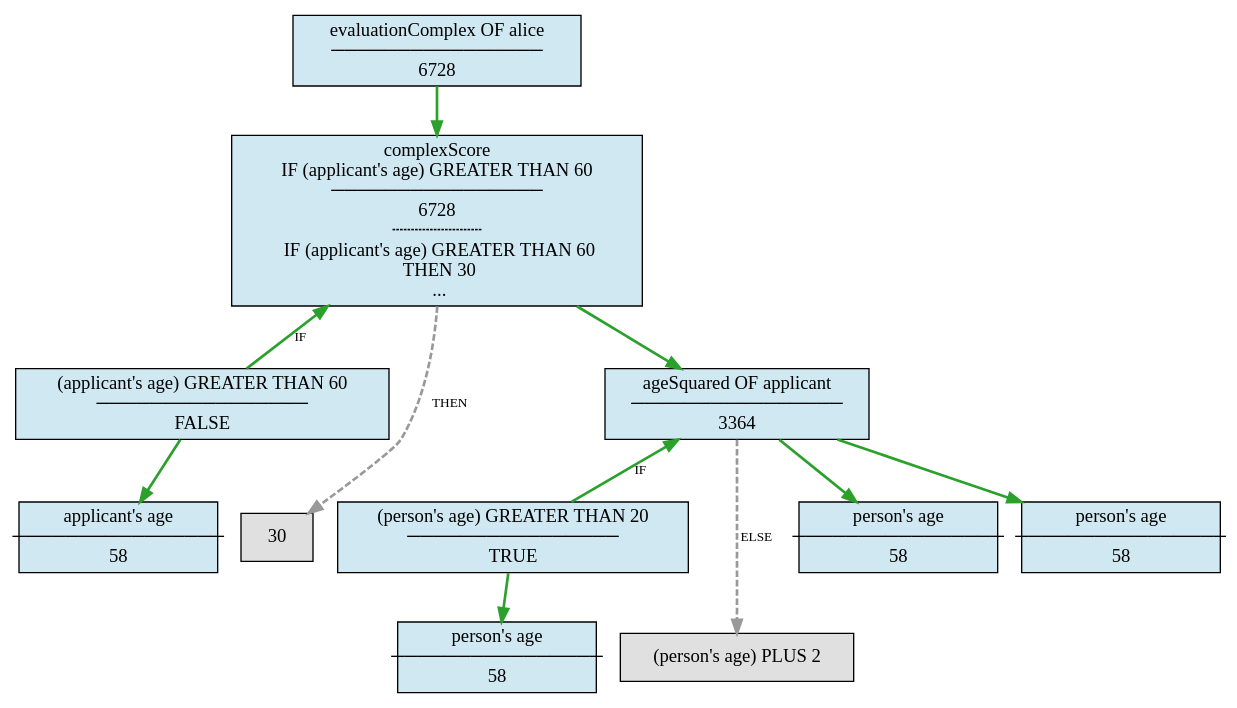
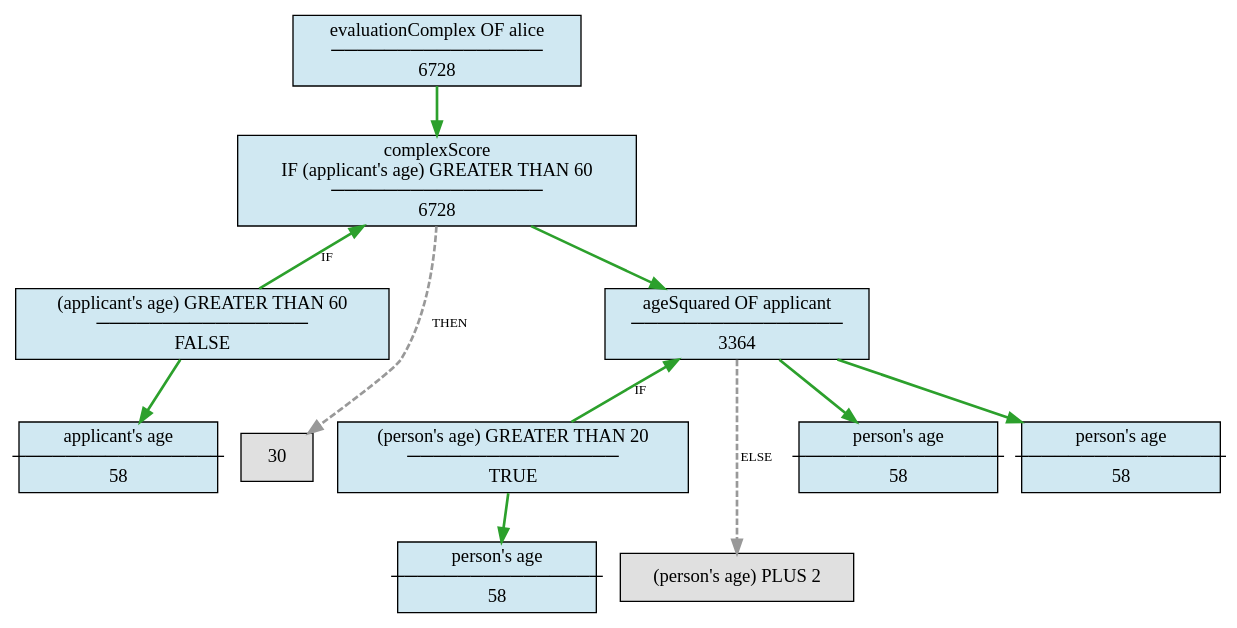
One commit to smucclaw/l4-ide changed the diagram in doc/images/trace-showcase-eval2.dot. Above: the diagram before and after it, drawn with Graphviz. The commit also changed 4 other files, not shown here.

```diff
--- a/doc/images/trace-showcase-eval2.dot
+++ b/doc/images/trace-showcase-eval2.dot
@@ -1,83 +1,83 @@
 digraph {
     graph [rankdir=TB];
     node [shape=box,style=rounded];
     0 [label="evaluationComplex OF alice\n────────────────\n6728"
       ,fillcolor="#d0e8f2"
       ,style=filled];
-    2 [label="complexScore\nIF (applicant's age) GREATER THAN 60\n────────────────\n6728\n┄┄┄┄┄┄┄┄\n  IF (applicant's age) GREATER THAN 60\n  THEN 30\n  ..."
+    2 [label="complexScore\nIF (applicant's age) GREATER THAN 60\n────────────────\n6728"
       ,fillcolor="#d0e8f2"
       ,style=filled];
     3 [label="(applicant's age) GREATER THAN 60\n────────────────\nFALSE"
       ,fillcolor="#d0e8f2"
       ,style=filled];
     4 [label="applicant's age\n────────────────\n58"
       ,fillcolor="#d0e8f2"
       ,style=filled];
     6 [label=30
       ,fillcolor="#e0e0e0"
       ,style=filled];
     7 [label="ageSquared OF applicant\n────────────────\n3364"
       ,fillcolor="#d0e8f2"
       ,style=filled];
     9 [label="(person's age) GREATER THAN 20\n────────────────\nTRUE"
       ,fillcolor="#d0e8f2"
       ,style=filled];
     10 [label="person's age\n────────────────\n58"
        ,fillcolor="#d0e8f2"
        ,style=filled];
     12 [label="(person's age) PLUS 2"
        ,fillcolor="#e0e0e0"
        ,style=filled];
     13 [label="person's age\n────────────────\n58"
        ,fillcolor="#d0e8f2"
        ,style=filled];
     15 [label="person's age\n────────────────\n58"
        ,fillcolor="#d0e8f2"
        ,style=filled];
     0 -> 2 [color="#2ca02c"
            ,penwidth=2
            ,fontsize=10];
     2 -> 3 [color="#2ca02c"
            ,penwidth=2
            ,fontsize=10
            ,label=IF
            ,dir=back];
     2 -> 6 [color="#999999"
            ,penwidth=2
            ,fontsize=10
            ,label=THEN
            ,style=dashed];
     2 -> 7 [color="#2ca02c"
            ,penwidth=2
            ,fontsize=10];
     3 -> 4 [color="#2ca02c"
            ,penwidth=2
            ,fontsize=10];
     3 -> 6 [color="#999999"
            ,penwidth=2
            ,fontsize=10
            ,style=invis];
     7 -> 9 [color="#2ca02c"
            ,penwidth=2
            ,fontsize=10
            ,label=IF
            ,dir=back];
     7 -> 12 [color="#999999"
             ,penwidth=2
             ,fontsize=10
             ,label=ELSE
             ,style=dashed];
     7 -> 13 [color="#2ca02c"
             ,penwidth=2
             ,fontsize=10];
     7 -> 15 [color="#2ca02c"
             ,penwidth=2
             ,fontsize=10];
     9 -> 10 [color="#2ca02c"
             ,penwidth=2
             ,fontsize=10];
     9 -> 12 [color="#999999"
             ,penwidth=2
             ,fontsize=10
             ,style=invis];
 }
```
